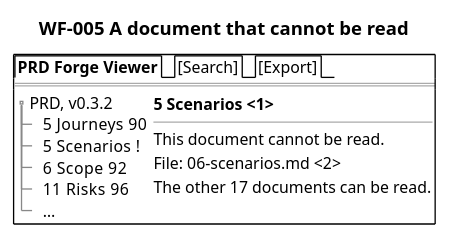
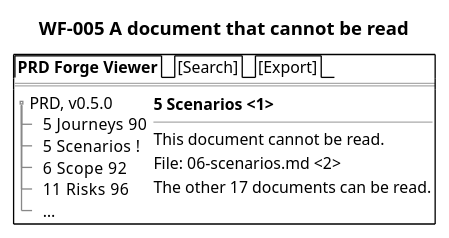
One commit to SpillwaveSolutions/prd-forge-viewer changed the diagram in docs/prd/prd-forge-viewer/diagrams/WF-005.puml. Above: the diagram before and after it, drawn with PlantUML. The commit also changed 88 other files, not shown here.

```diff
--- a/docs/prd/prd-forge-viewer/diagrams/WF-005.puml
+++ b/docs/prd/prd-forge-viewer/diagrams/WF-005.puml
@@ -1,23 +1,23 @@
 @startsalt
 title WF-005 A document that cannot be read
 {+
   {/ <b>PRD Forge Viewer</b> | [Search] | [Export] }
   ==
   {
     {T
-     + PRD, v0.3.2
+     + PRD, v0.5.0
      ++ 5 Journeys  90
      ++ 5 Scenarios  !
      ++ 6 Scope  92
      ++ 11 Risks  96
      ++ …
     } | {
       <b>5 Scenarios <1>
       --
       This document cannot be read.
       File: 06-scenarios.md <2>
       The other 17 documents can be read.
     }
   }
 }
 @endsalt
```
